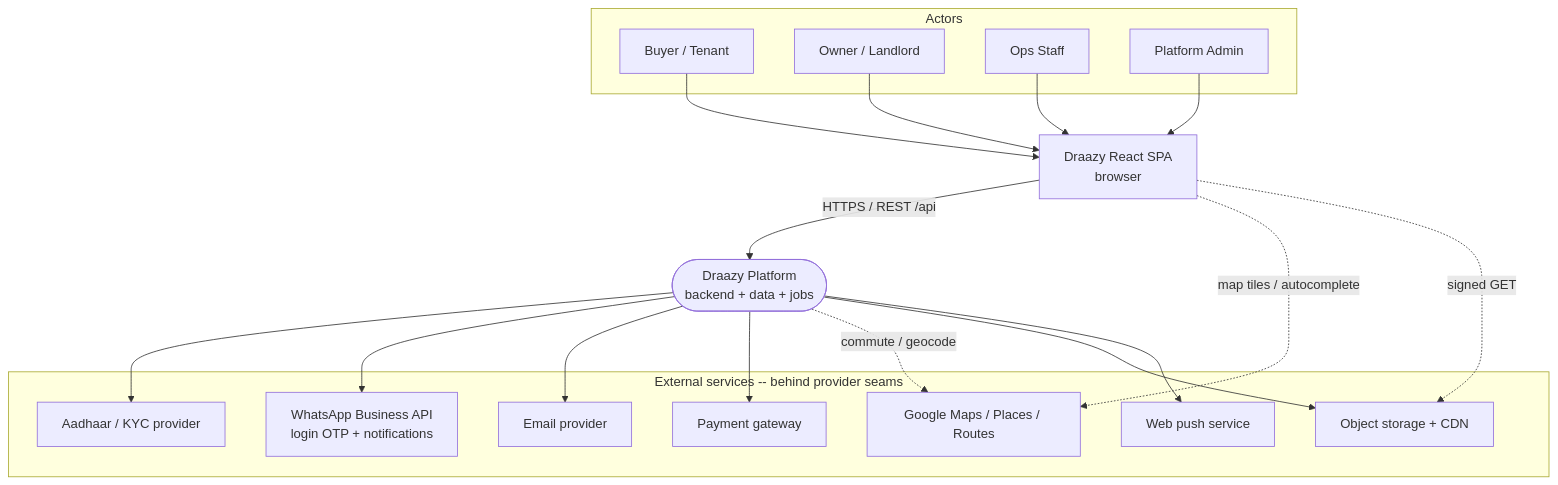
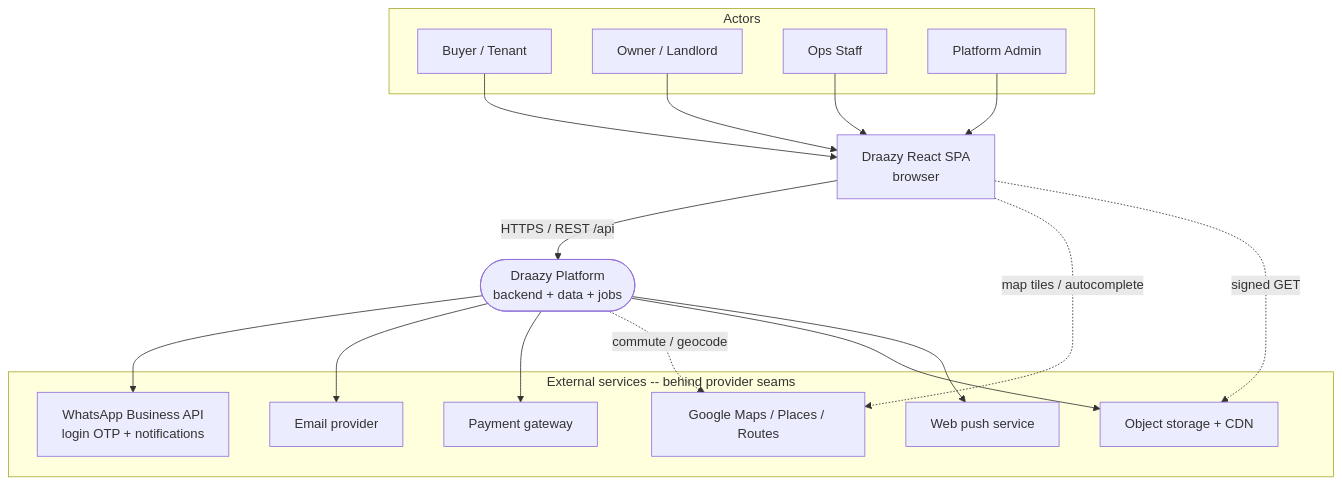
One commit to yatishpatil101/Learning changed the first of 11 diagrams in docs/system/platform-architecture.md. Above: the diagram before and after it, drawn with Mermaid. The commit also changed other lines of this file and 50 other files, not shown here.

````diff
--- a/docs/system/platform-architecture.md
+++ b/docs/system/platform-architecture.md
@@ -89,38 +90,36 @@
 ```mermaid
 graph TB
     subgraph Actors
         BUYER[Buyer / Tenant]
         OWNER[Owner / Landlord]
         STAFF[Ops Staff]
         ADMIN[Platform Admin]
     end
 
     SPA[Draazy React SPA<br/>browser]
     PLATFORM([Draazy Platform<br/>backend + data + jobs])
 
     BUYER --> SPA
     OWNER --> SPA
     STAFF --> SPA
     ADMIN --> SPA
     SPA -->|HTTPS / REST /api| PLATFORM
 
     subgraph External[External services -- behind provider seams]
-        AADHAAR[Aadhaar / KYC provider]
         WA[WhatsApp Business API<br/>login OTP + notifications]
         EMAIL[Email provider]
         PAY[Payment gateway]
         MAPS[Google Maps / Places / Routes]
         OBJ[Object storage + CDN]
         PUSH[Web push service]
     end
 
-    PLATFORM --> AADHAAR
     PLATFORM --> WA
     PLATFORM --> EMAIL
     PLATFORM --> PAY
     SPA -.map tiles / autocomplete.-> MAPS
     PLATFORM -.commute / geocode.-> MAPS
     PLATFORM --> OBJ
     SPA -.signed GET.-> OBJ
     PLATFORM --> PUSH
 ```
````
